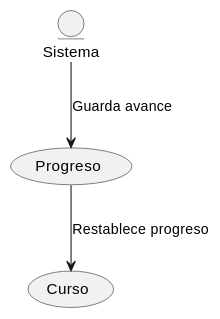
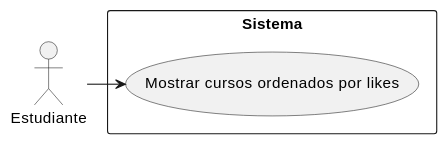
Before and after one commit to the-HaMo/PDS-proyect: the diagram in info/Desarrollo-Caso12.md, drawn with PlantUML. The commit also changed other lines of this file and 12 other files, not shown here.

```diff
--- a/info/Desarrollo-Caso12.md
+++ b/info/Desarrollo-Caso12.md
@@ -5,6 +5,6 @@
 @startuml
-entity Sistema
-
-Sistema --> (Progreso) : Guarda avance
-(Progreso) --> (Curso): Restablece progreso
+rectangle Sistema {
+  (Mostrar cursos ordenados por likes)
+}
+Estudiante -> (Mostrar cursos ordenados por likes)
 @enduml
```
